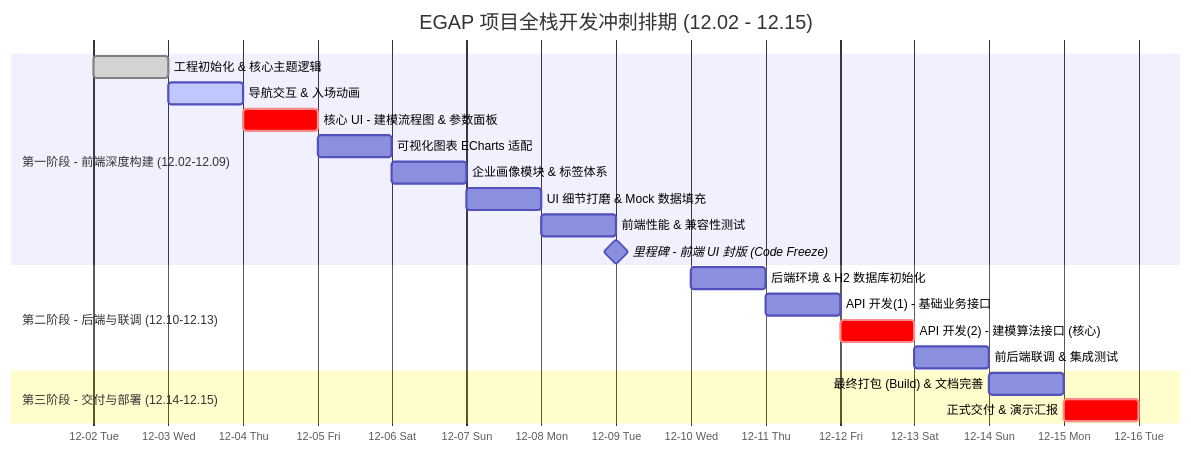
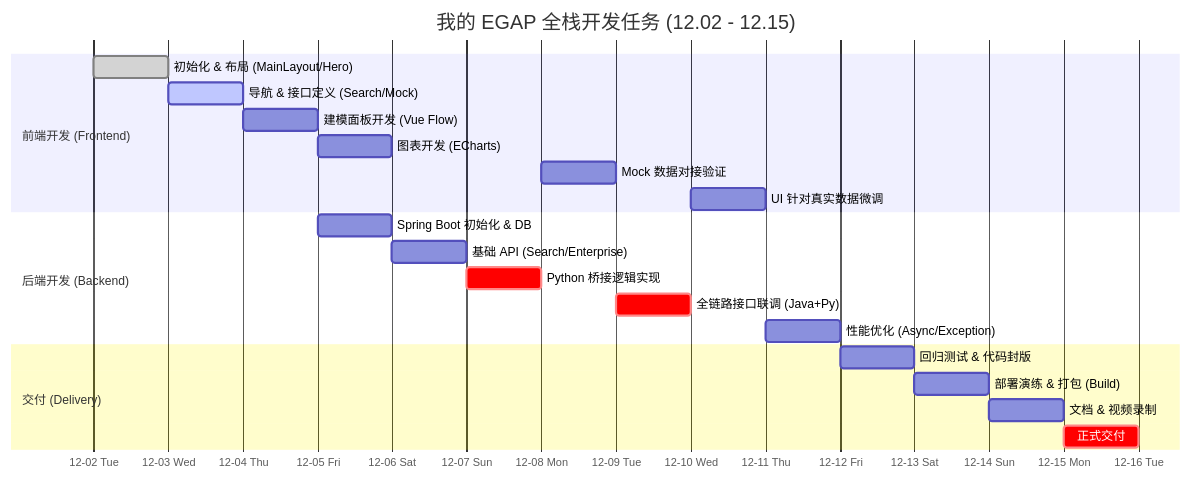
The diagram in gantt.mmd (xmgzxmgz/Enterprise-Granular-Analysis-Platform), drawn with Mermaid before and after one commit. The commit also changed 13 other files, not shown here.

```diff
--- a/gantt.mmd
+++ b/gantt.mmd
@@ -1,24 +1,25 @@
 gantt
-  title EGAP 项目全栈开发冲刺排期 (12.02 - 12.15)
+  title 我的 EGAP 全栈开发任务 (12.02 - 12.15)
   dateFormat YYYY-MM-DD
   axisFormat %m-%d %a
 
-  section 第一阶段 - 前端深度构建 (12.02-12.09)
-    工程初始化 & 核心主题逻辑            :done,     fe1, 2025-12-02, 1d
-    导航交互 & 入场动画                 :active,   fe2, 2025-12-03, 1d
-    核心 UI - 建模流程图 & 参数面板      :crit,     fe3, 2025-12-04, 1d
-    可视化图表 ECharts 适配             :          fe4, 2025-12-05, 1d
-    企业画像模块 & 标签体系             :          fe5, 2025-12-06, 1d
-    UI 细节打磨 & Mock 数据填充         :          fe6, 2025-12-07, 1d
-    前端性能 & 兼容性测试               :          fe7, 2025-12-08, 1d
-    里程碑 - 前端 UI 封版 (Code Freeze) :milestone,fe8, 2025-12-09, 0d
+  section 前端开发 (Frontend)
+    初始化 & 布局 (MainLayout/Hero)      :done,   fe1, 2025-12-02, 1d
+    导航 & 接口定义 (Search/Mock)        :active, fe2, 2025-12-03, 1d
+    建模面板开发 (Vue Flow)              :        fe3, 2025-12-04, 1d
+    图表开发 (ECharts)                   :        fe4, 2025-12-05, 1d
+    Mock 数据对接验证                    :        fe5, 2025-12-08, 1d
+    UI 针对真实数据微调                  :        fe6, 2025-12-10, 1d
 
-  section 第二阶段 - 后端与联调 (12.10-12.13)
-    后端环境 & H2 数据库初始化          :          be1, 2025-12-10, 1d
-    API 开发(1) - 基础业务接口          :          be2, 2025-12-11, 1d
-    API 开发(2) - 建模算法接口 (核心)   :crit,     be3, 2025-12-12, 1d
-    前后端联调 & 集成测试               :          integ1, 2025-12-13, 1d
+  section 后端开发 (Backend)
+    Spring Boot 初始化 & DB              :        be1, 2025-12-05, 1d
+    基础 API (Search/Enterprise)         :        be2, 2025-12-06, 1d
+    Python 桥接逻辑实现                  :crit,   be3, 2025-12-07, 1d
+    全链路接口联调 (Java+Py)             :crit,   integ1, 2025-12-09, 1d
+    性能优化 (Async/Exception)           :        be4, 2025-12-11, 1d
 
-  section 第三阶段 - 交付与部署 (12.14-12.15)
-    最终打包 (Build) & 文档完善         :          deploy1, 2025-12-14, 1d
-    正式交付 & 演示汇报                 :crit,     deploy2, 2025-12-15, 1d
+  section 交付 (Delivery)
+    回归测试 & 代码封版                  :        test1, 2025-12-12, 1d
+    部署演练 & 打包 (Build)              :        deploy1, 2025-12-13, 1d
+    文档 & 视频录制                      :        deploy2, 2025-12-14, 1d
+    正式交付                             :crit,   deploy3, 2025-12-15, 1d
```
